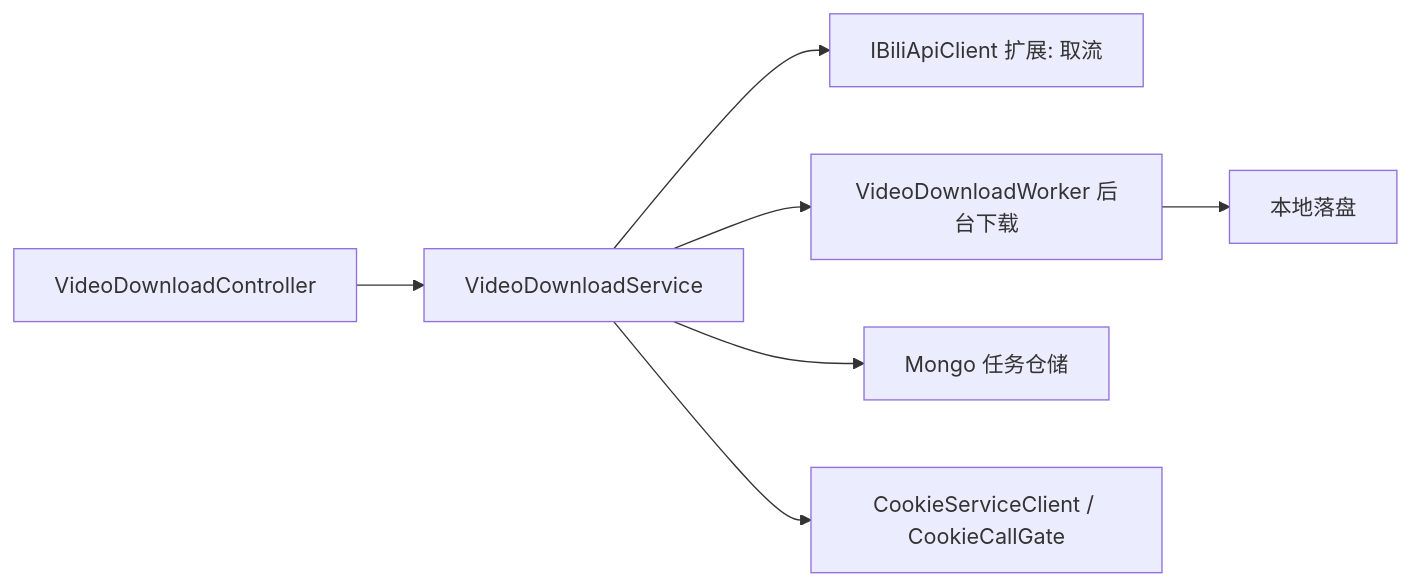
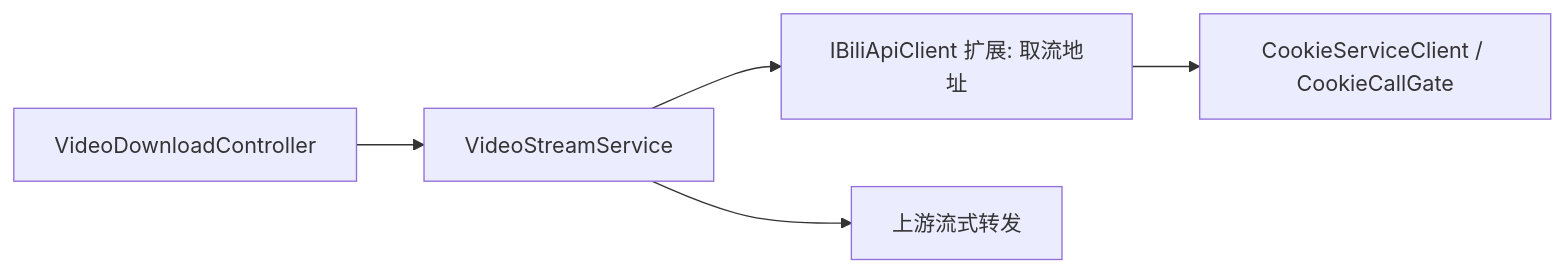
Before and after one commit to Deliay/z-vtuber: the second of 3 diagrams in docs/engineering/proposals/20261008-proposal-bilibili-video-download.md, drawn with Mermaid. The commit also changed other lines of this file and 1 other file, not shown here.

Commit message:
docs(prd): 按评审意见改为不落盘实时透传方案（API 返回后即弃）

````diff
--- a/docs/engineering/proposals/20261008-proposal-bilibili-video-download.md
+++ b/docs/engineering/proposals/20261008-proposal-bilibili-video-download.md
@@ -58,9 +59,7 @@
 ```mermaid
 graph LR
-    A[VideoDownloadController] --> B[VideoDownloadService]
-    B --> C[IBiliApiClient 扩展: 取流]
-    B --> D[VideoDownloadWorker 后台下载]
-    D --> E[本地落盘]
-    B --> F[Mongo 任务仓储]
-    B --> G[CookieServiceClient / CookieCallGate]
+    A[VideoDownloadController] --> B[VideoStreamService]
+    B --> C[IBiliApiClient 扩展: 取流地址]
+    B --> D[上游流式转发]
+    C --> E[CookieServiceClient / CookieCallGate]
 ```
````
